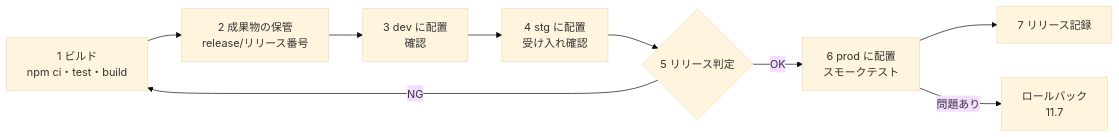
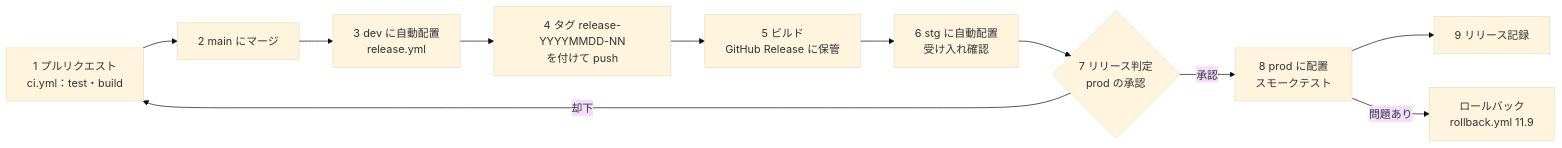
The seventh of 8 diagrams in documents/詳細設計書_RPG学習アプリ.md (pocarialice/rpglearning), drawn with Mermaid (base theme) before and after one commit. The commit also changed other lines of this file and 9 other files, not shown here.

````diff
--- a/documents/詳細設計書_RPG学習アプリ.md
+++ b/documents/詳細設計書_RPG学習アプリ.md
@@ -1661,11 +1674,13 @@
 ```mermaid
 flowchart LR
-  A["1 ビルド<br>npm ci・test・build"] --> B["2 成果物の保管<br>release/リリース番号"]
-  B --> C["3 dev に配置<br>確認"]
-  C --> D["4 stg に配置<br>受け入れ確認"]
-  D --> E{"5 リリース判定"}
-  E -->|"OK"| F["6 prod に配置<br>スモークテスト"]
-  E -->|"NG"| A
-  F --> G["7 リリース記録"]
-  F -->|"問題あり"| R["ロールバック<br>11.7"]
+  PR["1 プルリクエスト<br>ci.yml：test・build"] --> M["2 main にマージ"]
+  M --> DEV["3 dev に自動配置<br>release.yml"]
+  DEV --> T["4 タグ release-YYYYMMDD-NN<br>を付けて push"]
+  T --> GR["5 ビルド<br>GitHub Release に保管"]
+  GR --> STG["6 stg に自動配置<br>受け入れ確認"]
+  STG --> E{"7 リリース判定<br>prod の承認"}
+  E -->|"承認"| PRD["8 prod に配置<br>スモークテスト"]
+  E -->|"却下"| PR
+  PRD --> REC["9 リリース記録"]
+  PRD -->|"問題あり"| RB["ロールバック<br>rollback.yml 11.9"]
 ```
````
